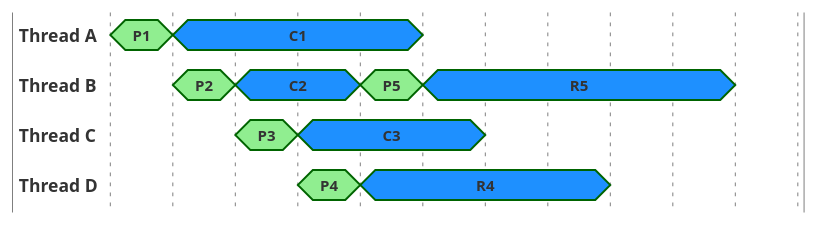
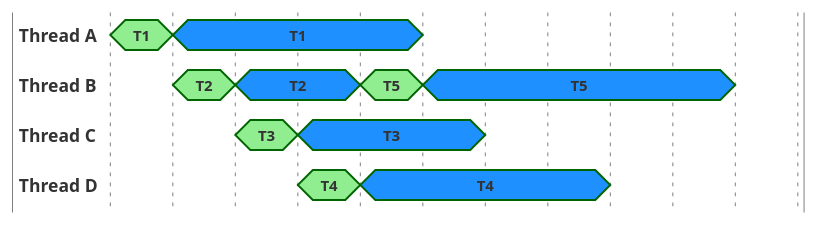
One commit to jetty/jetty.project changed the third of 4 diagrams in documentation/jetty/modules/programming-guide/pages/arch/threads.adoc. Above: the diagram before and after it, drawn with PlantUML. The commit also changed other lines of this file, not shown here.

```diff
--- a/documentation/jetty/modules/programming-guide/pages/arch/threads.adoc
+++ b/documentation/jetty/modules/programming-guide/pages/arch/threads.adoc
@@ -124,33 +124,33 @@
 [plantuml]
 ----
 skinparam backgroundColor transparent
 
-compact concise "Thread A" as WT1
-compact concise "Thread B" as WT2
-compact concise "Thread C" as WT3
-compact concise "Thread D" as WT4
+compact concise "Thread A" as WTA
+compact concise "Thread B" as WTB
+compact concise "Thread C" as WTC
+compact concise "Thread D" as WTD
 hide time-axis
 
-@WT1
-0 is P1 #lightgreen
-1 is C1 #dodgerblue
+@WTA
+0 is T1 #lightgreen
+1 is T1 #dodgerblue
 5 is {hidden}
 
-@WT2
-1 is P2 #lightgreen
-2 is C2 #dodgerblue
-4 is P5 #lightgreen
-5 is R5 #dodgerblue
+@WTB
+1 is T2 #lightgreen
+2 is T2 #dodgerblue
+4 is T5 #lightgreen
+5 is T5 #dodgerblue
 10 is {hidden}
 
-@WT3
-2 is P3 #lightgreen
-3 is C3 #dodgerblue
+@WTC
+2 is T3 #lightgreen
+3 is T3 #dodgerblue
 6 is {hidden}
 
-@WT4
-3 is P4 #lightgreen
-4 is R4 #dodgerblue
+@WTD
+3 is T4 #lightgreen
+4 is T4 #dodgerblue
 8 is {hidden}
 
 ----
```
